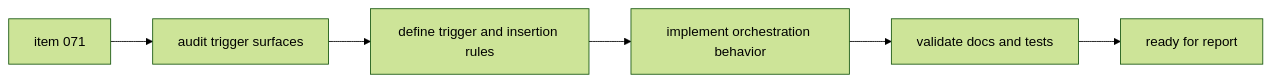
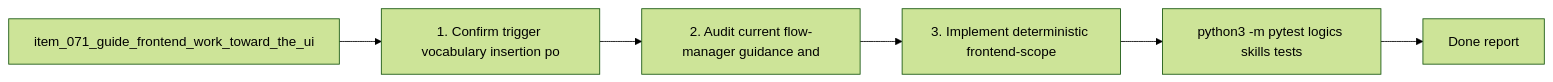
The diagram in logics/tasks/task_073_orchestration_delivery_for_req_059_ui_steering_guidance_in_logics_kit.md (AlexAgo83/logics-manager), drawn with Mermaid (forest theme) before and after one commit. The commit also changed other lines of this file and 481 other files, not shown here.

````diff
--- a/logics/tasks/task_073_orchestration_delivery_for_req_059_ui_steering_guidance_in_logics_kit.md
+++ b/logics/tasks/task_073_orchestration_delivery_for_req_059_ui_steering_guidance_in_logics_kit.md
@@ -20,9 +20,10 @@
 ```mermaid
+%% logics-kind: task
 %% logics-signature: task|orchestration-delivery-for-req-059-ui-st|item-071-guide-frontend-work-toward-the-|1-confirm-trigger-vocabulary-insertion-p|python3-m-pytest-logics-skills-tests
 flowchart LR
-    Backlog[item 071] --> Audit[audit trigger surfaces]
-    Audit --> Design[define trigger and insertion rules]
-    Design --> Implement[implement orchestration behavior]
-    Implement --> Validate[validate docs and tests]
-    Validate --> Report[ready for report]
+    Backlog[item_071_guide_frontend_work_toward_the_ui] --> Step1[1. Confirm trigger vocabulary insertion po]
+    Step1 --> Step2[2. Audit current flow-manager guidance and]
+    Step2 --> Step3[3. Implement deterministic frontend-scope]
+    Step3 --> Validation[python3 -m pytest logics skills tests]
+    Validation --> Report[Done report]
 ```
````
